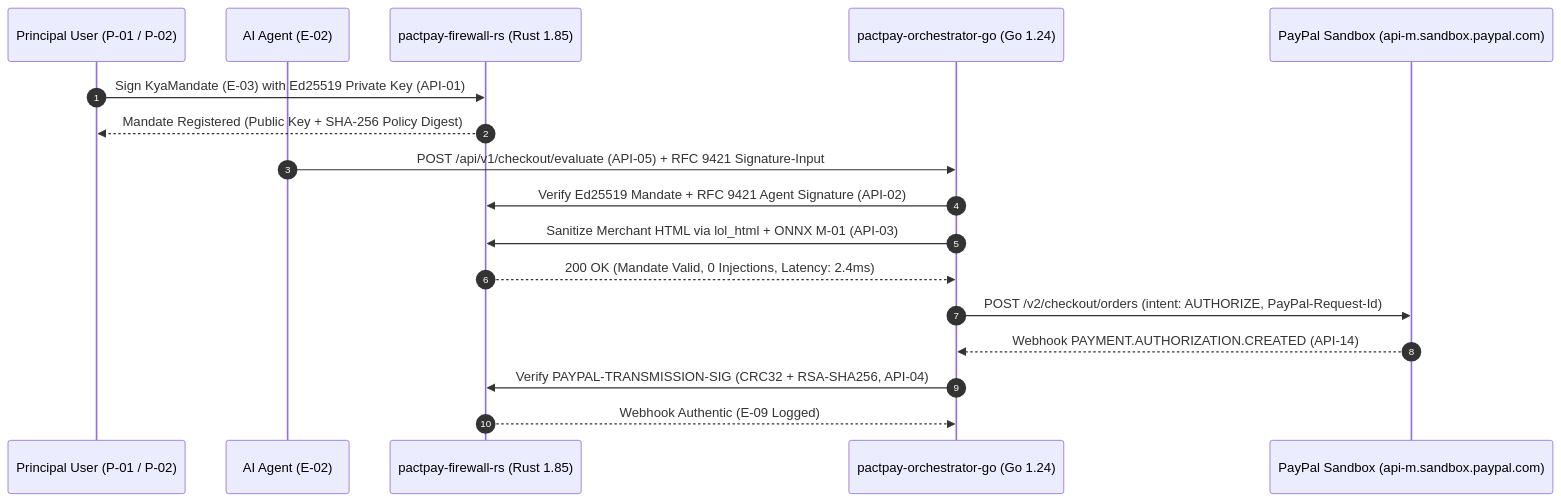
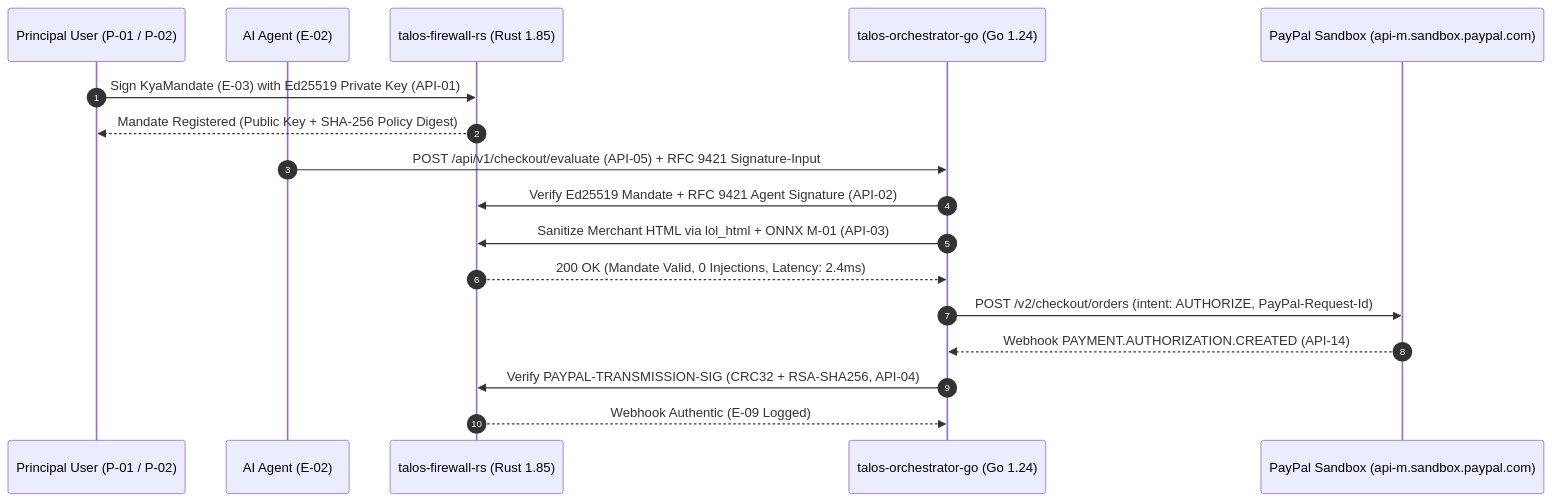
Before and after one commit to sruj08/Talos: the diagram in docs/06-security-compliance/SECURITY_ARCHITECTURE.md, drawn with Mermaid. The commit also changed other lines of this file and 457 other files, not shown here.

Commit message:
feat: initialize polyglot project architecture with comprehensive documentation, Go orchestrator, and Rust firewall services

````diff
--- a/docs/06-security-compliance/SECURITY_ARCHITECTURE.md
+++ b/docs/06-security-compliance/SECURITY_ARCHITECTURE.md
@@ -20,20 +20,20 @@
 ```mermaid
 sequenceDiagram
     autonumber
     participant Human as Principal User (P-01 / P-02)
     participant Agent as AI Agent (E-02)
-    participant Rust as pactpay-firewall-rs (Rust 1.85)
-    participant Go as pactpay-orchestrator-go (Go 1.24)
+    participant Rust as talos-firewall-rs (Rust 1.85)
+    participant Go as talos-orchestrator-go (Go 1.24)
     participant PayPal as PayPal Sandbox (api-m.sandbox.paypal.com)
 
     Human->>Rust: Sign KyaMandate (E-03) with Ed25519 Private Key (API-01)
     Rust-->>Human: Mandate Registered (Public Key + SHA-256 Policy Digest)
     Agent->>Go: POST /api/v1/checkout/evaluate (API-05) + RFC 9421 Signature-Input
     Go->>Rust: Verify Ed25519 Mandate + RFC 9421 Agent Signature (API-02)
     Go->>Rust: Sanitize Merchant HTML via lol_html + ONNX M-01 (API-03)
     Rust-->>Go: 200 OK (Mandate Valid, 0 Injections, Latency: 2.4ms)
     Go->>PayPal: POST /v2/checkout/orders (intent: AUTHORIZE, PayPal-Request-Id)
     PayPal-->>Go: Webhook PAYMENT.AUTHORIZATION.CREATED (API-14)
     Go->>Rust: Verify PAYPAL-TRANSMISSION-SIG (CRC32 + RSA-SHA256, API-04)
     Rust-->>Go: Webhook Authentic (E-09 Logged)
 ```
````
